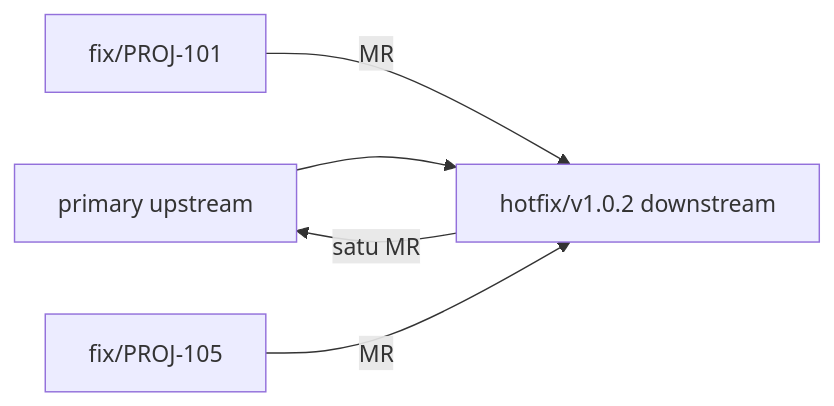
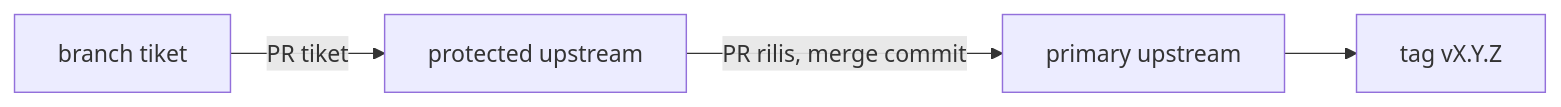
The diagram in skills/_shared/build-release.md (roiskhoiron/agent-workflow), drawn with Mermaid before and after one commit. The commit also changed other lines of this file and 2 other files, not shown here.

Commit message:
shared: aturan rilis tanpa branch rilis, merge PR tiket, laporan rilis

````diff
--- a/skills/_shared/build-release.md
+++ b/skills/_shared/build-release.md
@@ -65,7 +66,6 @@
 ```mermaid
 flowchart LR
-  M[primary upstream] --> H[hotfix/v1.0.2 downstream]
-  F1[fix/PROJ-101] -->|MR| H
-  F2[fix/PROJ-105] -->|MR| H
-  H -->|satu MR| M
+  T[branch tiket] -->|PR tiket| P[protected upstream]
+  P -->|PR rilis, merge commit| M[primary upstream]
+  M --> G[tag vX.Y.Z]
 ```
````
